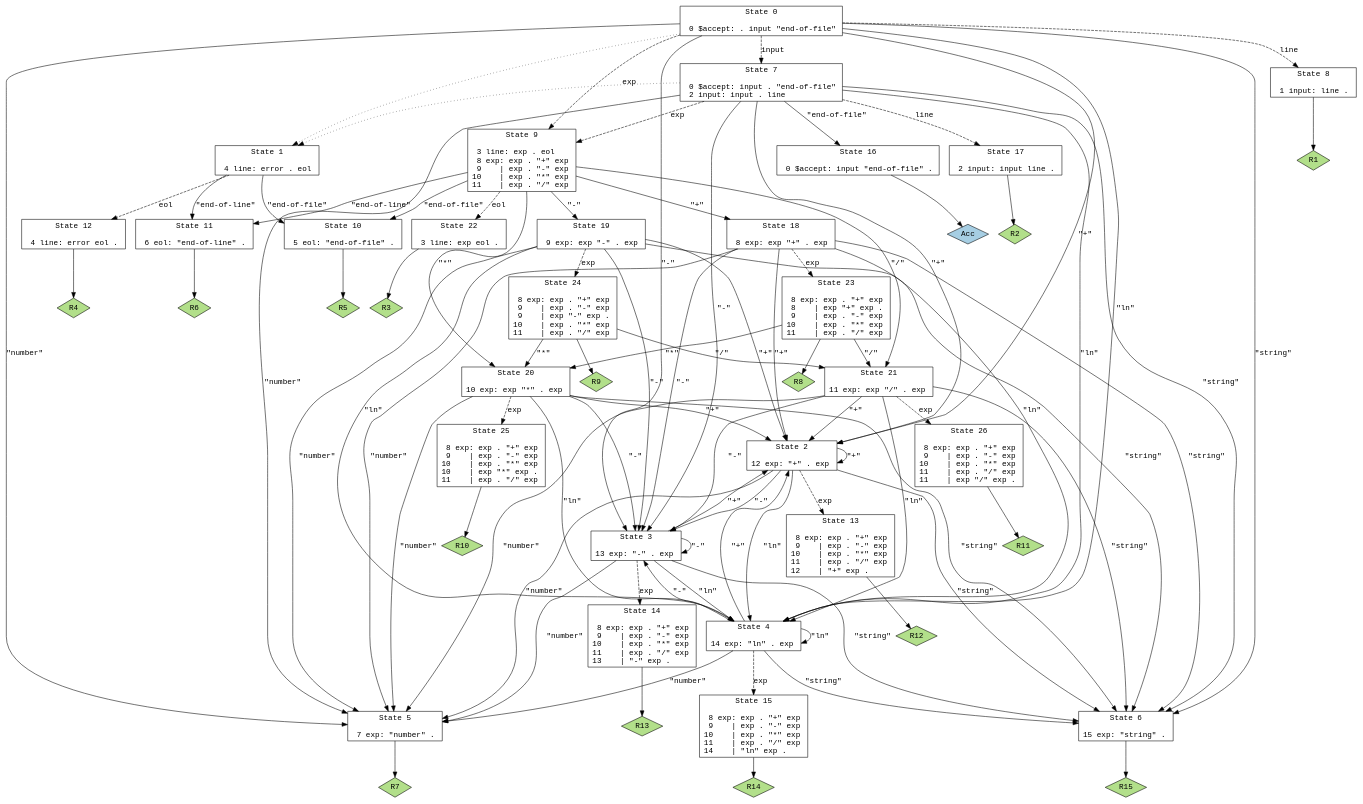
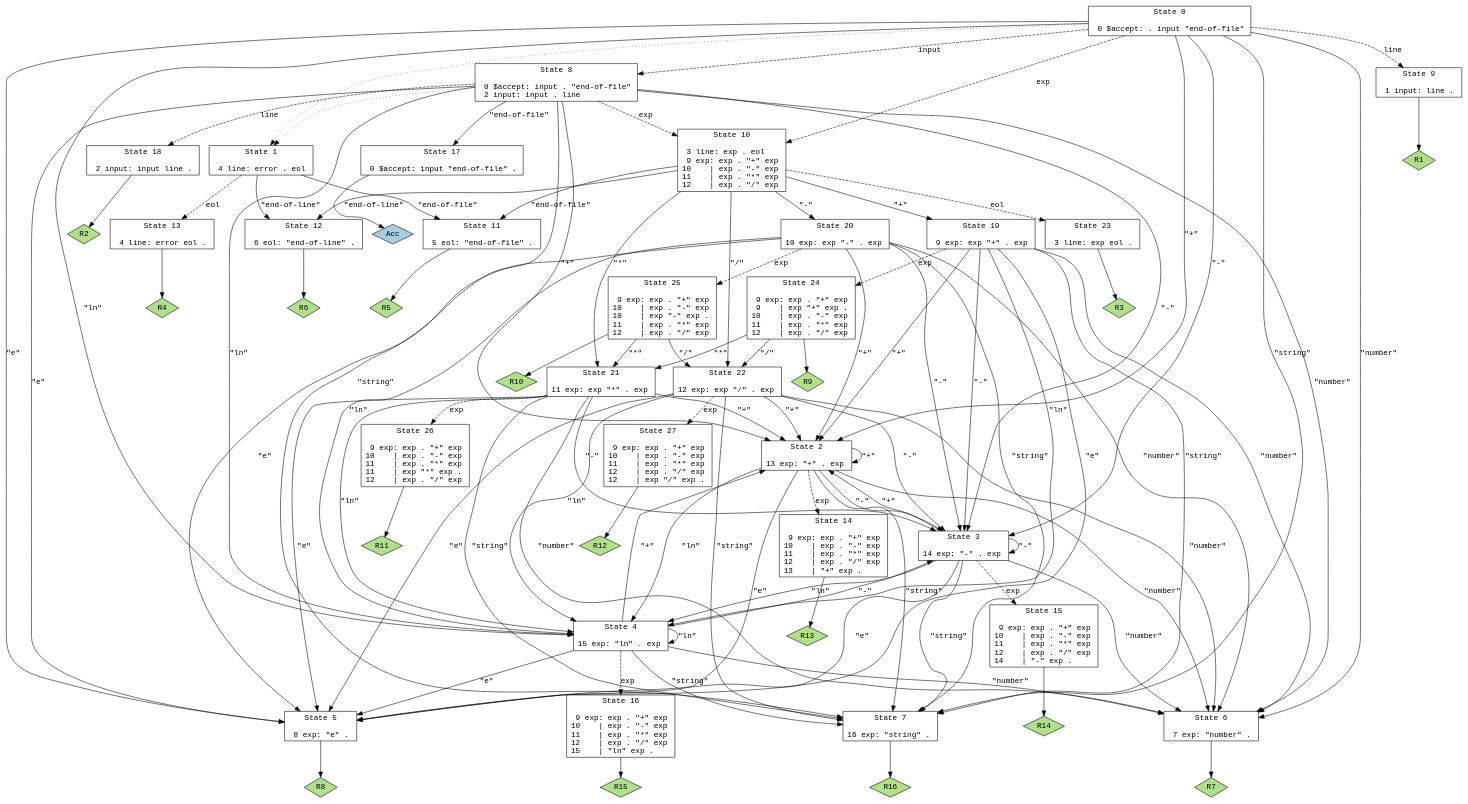
The diagram in src/reccalc/parse.gv (iamsosmart19/Complex-Grapher), drawn with Graphviz before and after one commit. The commit also changed 9 other files, not shown here.

```diff
--- a/src/reccalc/parse.gv
+++ b/src/reccalc/parse.gv
@@ -1,143 +1,155 @@
 // Generated by GNU Bison 3.4.2.
 // Report bugs to <bug-bison@gnu.org>.
 // Home page: <http://www.gnu.org/software/bison/>.
 
 digraph "parse.y"
 {
   node [fontname = courier, shape = box, colorscheme = paired6]
   edge [fontname = courier]
 
   0 [label="State 0\n\l  0 $accept: . input \"end-of-file\"\l"]
   0 -> 1 [style=dotted]
   0 -> 2 [style=solid label="\"+\""]
   0 -> 3 [style=solid label="\"-\""]
   0 -> 4 [style=solid label="\"ln\""]
-  0 -> 5 [style=solid label="\"number\""]
-  0 -> 6 [style=solid label="\"string\""]
-  0 -> 7 [style=dashed label="input"]
-  0 -> 8 [style=dashed label="line"]
-  0 -> 9 [style=dashed label="exp"]
+  0 -> 5 [style=solid label="\"e\""]
+  0 -> 6 [style=solid label="\"number\""]
+  0 -> 7 [style=solid label="\"string\""]
+  0 -> 8 [style=dashed label="input"]
+  0 -> 9 [style=dashed label="line"]
+  0 -> 10 [style=dashed label="exp"]
   1 [label="State 1\n\l  4 line: error . eol\l"]
-  1 -> 10 [style=solid label="\"end-of-file\""]
-  1 -> 11 [style=solid label="\"end-of-line\""]
-  1 -> 12 [style=dashed label="eol"]
-  2 [label="State 2\n\l 12 exp: \"+\" . exp\l"]
+  1 -> 11 [style=solid label="\"end-of-file\""]
+  1 -> 12 [style=solid label="\"end-of-line\""]
+  1 -> 13 [style=dashed label="eol"]
+  2 [label="State 2\n\l 13 exp: \"+\" . exp\l"]
   2 -> 2 [style=solid label="\"+\""]
   2 -> 3 [style=solid label="\"-\""]
   2 -> 4 [style=solid label="\"ln\""]
-  2 -> 5 [style=solid label="\"number\""]
-  2 -> 6 [style=solid label="\"string\""]
-  2 -> 13 [style=dashed label="exp"]
-  3 [label="State 3\n\l 13 exp: \"-\" . exp\l"]
+  2 -> 5 [style=solid label="\"e\""]
+  2 -> 6 [style=solid label="\"number\""]
+  2 -> 7 [style=solid label="\"string\""]
+  2 -> 14 [style=dashed label="exp"]
+  3 [label="State 3\n\l 14 exp: \"-\" . exp\l"]
   3 -> 2 [style=solid label="\"+\""]
   3 -> 3 [style=solid label="\"-\""]
   3 -> 4 [style=solid label="\"ln\""]
-  3 -> 5 [style=solid label="\"number\""]
-  3 -> 6 [style=solid label="\"string\""]
-  3 -> 14 [style=dashed label="exp"]
-  4 [label="State 4\n\l 14 exp: \"ln\" . exp\l"]
+  3 -> 5 [style=solid label="\"e\""]
+  3 -> 6 [style=solid label="\"number\""]
+  3 -> 7 [style=solid label="\"string\""]
+  3 -> 15 [style=dashed label="exp"]
+  4 [label="State 4\n\l 15 exp: \"ln\" . exp\l"]
   4 -> 2 [style=solid label="\"+\""]
   4 -> 3 [style=solid label="\"-\""]
   4 -> 4 [style=solid label="\"ln\""]
-  4 -> 5 [style=solid label="\"number\""]
-  4 -> 6 [style=solid label="\"string\""]
-  4 -> 15 [style=dashed label="exp"]
-  5 [label="State 5\n\l  7 exp: \"number\" .\l"]
-  5 -> "5R7" [style=solid]
- "5R7" [label="R7", fillcolor=3, shape=diamond, style=filled]
-  6 [label="State 6\n\l 15 exp: \"string\" .\l"]
-  6 -> "6R15" [style=solid]
- "6R15" [label="R15", fillcolor=3, shape=diamond, style=filled]
-  7 [label="State 7\n\l  0 $accept: input . \"end-of-file\"\l  2 input: input . line\l"]
-  7 -> 16 [style=solid label="\"end-of-file\""]
-  7 -> 1 [style=dotted]
-  7 -> 2 [style=solid label="\"+\""]
-  7 -> 3 [style=solid label="\"-\""]
-  7 -> 4 [style=solid label="\"ln\""]
-  7 -> 5 [style=solid label="\"number\""]
-  7 -> 6 [style=solid label="\"string\""]
-  7 -> 17 [style=dashed label="line"]
-  7 -> 9 [style=dashed label="exp"]
-  8 [label="State 8\n\l  1 input: line .\l"]
-  8 -> "8R1" [style=solid]
- "8R1" [label="R1", fillcolor=3, shape=diamond, style=filled]
-  9 [label="State 9\n\l  3 line: exp . eol\l  8 exp: exp . \"+\" exp\l  9    | exp . \"-\" exp\l 10    | exp . \"*\" exp\l 11    | exp . \"/\" exp\l"]
-  9 -> 10 [style=solid label="\"end-of-file\""]
-  9 -> 18 [style=solid label="\"+\""]
-  9 -> 19 [style=solid label="\"-\""]
-  9 -> 20 [style=solid label="\"*\""]
-  9 -> 21 [style=solid label="\"/\""]
-  9 -> 11 [style=solid label="\"end-of-line\""]
-  9 -> 22 [style=dashed label="eol"]
-  10 [label="State 10\n\l  5 eol: \"end-of-file\" .\l"]
-  10 -> "10R5" [style=solid]
- "10R5" [label="R5", fillcolor=3, shape=diamond, style=filled]
-  11 [label="State 11\n\l  6 eol: \"end-of-line\" .\l"]
-  11 -> "11R6" [style=solid]
- "11R6" [label="R6", fillcolor=3, shape=diamond, style=filled]
-  12 [label="State 12\n\l  4 line: error eol .\l"]
-  12 -> "12R4" [style=solid]
- "12R4" [label="R4", fillcolor=3, shape=diamond, style=filled]
-  13 [label="State 13\n\l  8 exp: exp . \"+\" exp\l  9    | exp . \"-\" exp\l 10    | exp . \"*\" exp\l 11    | exp . \"/\" exp\l 12    | \"+\" exp .\l"]
-  13 -> "13R12" [style=solid]
- "13R12" [label="R12", fillcolor=3, shape=diamond, style=filled]
-  14 [label="State 14\n\l  8 exp: exp . \"+\" exp\l  9    | exp . \"-\" exp\l 10    | exp . \"*\" exp\l 11    | exp . \"/\" exp\l 13    | \"-\" exp .\l"]
+  4 -> 5 [style=solid label="\"e\""]
+  4 -> 6 [style=solid label="\"number\""]
+  4 -> 7 [style=solid label="\"string\""]
+  4 -> 16 [style=dashed label="exp"]
+  5 [label="State 5\n\l  8 exp: \"e\" .\l"]
+  5 -> "5R8" [style=solid]
+ "5R8" [label="R8", fillcolor=3, shape=diamond, style=filled]
+  6 [label="State 6\n\l  7 exp: \"number\" .\l"]
+  6 -> "6R7" [style=solid]
+ "6R7" [label="R7", fillcolor=3, shape=diamond, style=filled]
+  7 [label="State 7\n\l 16 exp: \"string\" .\l"]
+  7 -> "7R16" [style=solid]
+ "7R16" [label="R16", fillcolor=3, shape=diamond, style=filled]
+  8 [label="State 8\n\l  0 $accept: input . \"end-of-file\"\l  2 input: input . line\l"]
+  8 -> 17 [style=solid label="\"end-of-file\""]
+  8 -> 1 [style=dotted]
+  8 -> 2 [style=solid label="\"+\""]
+  8 -> 3 [style=solid label="\"-\""]
+  8 -> 4 [style=solid label="\"ln\""]
+  8 -> 5 [style=solid label="\"e\""]
+  8 -> 6 [style=solid label="\"number\""]
+  8 -> 7 [style=solid label="\"string\""]
+  8 -> 18 [style=dashed label="line"]
+  8 -> 10 [style=dashed label="exp"]
+  9 [label="State 9\n\l  1 input: line .\l"]
+  9 -> "9R1" [style=solid]
+ "9R1" [label="R1", fillcolor=3, shape=diamond, style=filled]
+  10 [label="State 10\n\l  3 line: exp . eol\l  9 exp: exp . \"+\" exp\l 10    | exp . \"-\" exp\l 11    | exp . \"*\" exp\l 12    | exp . \"/\" exp\l"]
+  10 -> 11 [style=solid label="\"end-of-file\""]
+  10 -> 19 [style=solid label="\"+\""]
+  10 -> 20 [style=solid label="\"-\""]
+  10 -> 21 [style=solid label="\"*\""]
+  10 -> 22 [style=solid label="\"/\""]
+  10 -> 12 [style=solid label="\"end-of-line\""]
+  10 -> 23 [style=dashed label="eol"]
+  11 [label="State 11\n\l  5 eol: \"end-of-file\" .\l"]
+  11 -> "11R5" [style=solid]
+ "11R5" [label="R5", fillcolor=3, shape=diamond, style=filled]
+  12 [label="State 12\n\l  6 eol: \"end-of-line\" .\l"]
+  12 -> "12R6" [style=solid]
+ "12R6" [label="R6", fillcolor=3, shape=diamond, style=filled]
+  13 [label="State 13\n\l  4 line: error eol .\l"]
+  13 -> "13R4" [style=solid]
+ "13R4" [label="R4", fillcolor=3, shape=diamond, style=filled]
+  14 [label="State 14\n\l  9 exp: exp . \"+\" exp\l 10    | exp . \"-\" exp\l 11    | exp . \"*\" exp\l 12    | exp . \"/\" exp\l 13    | \"+\" exp .\l"]
   14 -> "14R13" [style=solid]
  "14R13" [label="R13", fillcolor=3, shape=diamond, style=filled]
-  15 [label="State 15\n\l  8 exp: exp . \"+\" exp\l  9    | exp . \"-\" exp\l 10    | exp . \"*\" exp\l 11    | exp . \"/\" exp\l 14    | \"ln\" exp .\l"]
+  15 [label="State 15\n\l  9 exp: exp . \"+\" exp\l 10    | exp . \"-\" exp\l 11    | exp . \"*\" exp\l 12    | exp . \"/\" exp\l 14    | \"-\" exp .\l"]
   15 -> "15R14" [style=solid]
  "15R14" [label="R14", fillcolor=3, shape=diamond, style=filled]
-  16 [label="State 16\n\l  0 $accept: input \"end-of-file\" .\l"]
-  16 -> "16R0" [style=solid]
- "16R0" [label="Acc", fillcolor=1, shape=diamond, style=filled]
-  17 [label="State 17\n\l  2 input: input line .\l"]
-  17 -> "17R2" [style=solid]
- "17R2" [label="R2", fillcolor=3, shape=diamond, style=filled]
-  18 [label="State 18\n\l  8 exp: exp \"+\" . exp\l"]
-  18 -> 2 [style=solid label="\"+\""]
-  18 -> 3 [style=solid label="\"-\""]
-  18 -> 4 [style=solid label="\"ln\""]
-  18 -> 5 [style=solid label="\"number\""]
-  18 -> 6 [style=solid label="\"string\""]
-  18 -> 23 [style=dashed label="exp"]
-  19 [label="State 19\n\l  9 exp: exp \"-\" . exp\l"]
+  16 [label="State 16\n\l  9 exp: exp . \"+\" exp\l 10    | exp . \"-\" exp\l 11    | exp . \"*\" exp\l 12    | exp . \"/\" exp\l 15    | \"ln\" exp .\l"]
+  16 -> "16R15" [style=solid]
+ "16R15" [label="R15", fillcolor=3, shape=diamond, style=filled]
+  17 [label="State 17\n\l  0 $accept: input \"end-of-file\" .\l"]
+  17 -> "17R0" [style=solid]
+ "17R0" [label="Acc", fillcolor=1, shape=diamond, style=filled]
+  18 [label="State 18\n\l  2 input: input line .\l"]
+  18 -> "18R2" [style=solid]
+ "18R2" [label="R2", fillcolor=3, shape=diamond, style=filled]
+  19 [label="State 19\n\l  9 exp: exp \"+\" . exp\l"]
   19 -> 2 [style=solid label="\"+\""]
   19 -> 3 [style=solid label="\"-\""]
   19 -> 4 [style=solid label="\"ln\""]
-  19 -> 5 [style=solid label="\"number\""]
-  19 -> 6 [style=solid label="\"string\""]
+  19 -> 5 [style=solid label="\"e\""]
+  19 -> 6 [style=solid label="\"number\""]
+  19 -> 7 [style=solid label="\"string\""]
   19 -> 24 [style=dashed label="exp"]
-  20 [label="State 20\n\l 10 exp: exp \"*\" . exp\l"]
+  20 [label="State 20\n\l 10 exp: exp \"-\" . exp\l"]
   20 -> 2 [style=solid label="\"+\""]
   20 -> 3 [style=solid label="\"-\""]
   20 -> 4 [style=solid label="\"ln\""]
-  20 -> 5 [style=solid label="\"number\""]
-  20 -> 6 [style=solid label="\"string\""]
+  20 -> 5 [style=solid label="\"e\""]
+  20 -> 6 [style=solid label="\"number\""]
+  20 -> 7 [style=solid label="\"string\""]
   20 -> 25 [style=dashed label="exp"]
-  21 [label="State 21\n\l 11 exp: exp \"/\" . exp\l"]
+  21 [label="State 21\n\l 11 exp: exp \"*\" . exp\l"]
   21 -> 2 [style=solid label="\"+\""]
   21 -> 3 [style=solid label="\"-\""]
   21 -> 4 [style=solid label="\"ln\""]
-  21 -> 5 [style=solid label="\"number\""]
-  21 -> 6 [style=solid label="\"string\""]
+  21 -> 5 [style=solid label="\"e\""]
+  21 -> 6 [style=solid label="\"number\""]
+  21 -> 7 [style=solid label="\"string\""]
   21 -> 26 [style=dashed label="exp"]
-  22 [label="State 22\n\l  3 line: exp eol .\l"]
-  22 -> "22R3" [style=solid]
- "22R3" [label="R3", fillcolor=3, shape=diamond, style=filled]
-  23 [label="State 23\n\l  8 exp: exp . \"+\" exp\l  8    | exp \"+\" exp .\l  9    | exp . \"-\" exp\l 10    | exp . \"*\" exp\l 11    | exp . \"/\" exp\l"]
-  23 -> 20 [style=solid label="\"*\""]
-  23 -> 21 [style=solid label="\"/\""]
-  23 -> "23R8" [style=solid]
- "23R8" [label="R8", fillcolor=3, shape=diamond, style=filled]
-  24 [label="State 24\n\l  8 exp: exp . \"+\" exp\l  9    | exp . \"-\" exp\l  9    | exp \"-\" exp .\l 10    | exp . \"*\" exp\l 11    | exp . \"/\" exp\l"]
-  24 -> 20 [style=solid label="\"*\""]
-  24 -> 21 [style=solid label="\"/\""]
+  22 [label="State 22\n\l 12 exp: exp \"/\" . exp\l"]
+  22 -> 2 [style=solid label="\"+\""]
+  22 -> 3 [style=solid label="\"-\""]
+  22 -> 4 [style=solid label="\"ln\""]
+  22 -> 5 [style=solid label="\"e\""]
+  22 -> 6 [style=solid label="\"number\""]
+  22 -> 7 [style=solid label="\"string\""]
+  22 -> 27 [style=dashed label="exp"]
+  23 [label="State 23\n\l  3 line: exp eol .\l"]
+  23 -> "23R3" [style=solid]
+ "23R3" [label="R3", fillcolor=3, shape=diamond, style=filled]
+  24 [label="State 24\n\l  9 exp: exp . \"+\" exp\l  9    | exp \"+\" exp .\l 10    | exp . \"-\" exp\l 11    | exp . \"*\" exp\l 12    | exp . \"/\" exp\l"]
+  24 -> 21 [style=solid label="\"*\""]
+  24 -> 22 [style=solid label="\"/\""]
   24 -> "24R9" [style=solid]
  "24R9" [label="R9", fillcolor=3, shape=diamond, style=filled]
-  25 [label="State 25\n\l  8 exp: exp . \"+\" exp\l  9    | exp . \"-\" exp\l 10    | exp . \"*\" exp\l 10    | exp \"*\" exp .\l 11    | exp . \"/\" exp\l"]
+  25 [label="State 25\n\l  9 exp: exp . \"+\" exp\l 10    | exp . \"-\" exp\l 10    | exp \"-\" exp .\l 11    | exp . \"*\" exp\l 12    | exp . \"/\" exp\l"]
+  25 -> 21 [style=solid label="\"*\""]
+  25 -> 22 [style=solid label="\"/\""]
   25 -> "25R10" [style=solid]
  "25R10" [label="R10", fillcolor=3, shape=diamond, style=filled]
-  26 [label="State 26\n\l  8 exp: exp . \"+\" exp\l  9    | exp . \"-\" exp\l 10    | exp . \"*\" exp\l 11    | exp . \"/\" exp\l 11    | exp \"/\" exp .\l"]
+  26 [label="State 26\n\l  9 exp: exp . \"+\" exp\l 10    | exp . \"-\" exp\l 11    | exp . \"*\" exp\l 11    | exp \"*\" exp .\l 12    | exp . \"/\" exp\l"]
   26 -> "26R11" [style=solid]
  "26R11" [label="R11", fillcolor=3, shape=diamond, style=filled]
+  27 [label="State 27\n\l  9 exp: exp . \"+\" exp\l 10    | exp . \"-\" exp\l 11    | exp . \"*\" exp\l 12    | exp . \"/\" exp\l 12    | exp \"/\" exp .\l"]
+  27 -> "27R12" [style=solid]
+ "27R12" [label="R12", fillcolor=3, shape=diamond, style=filled]
 }
```
